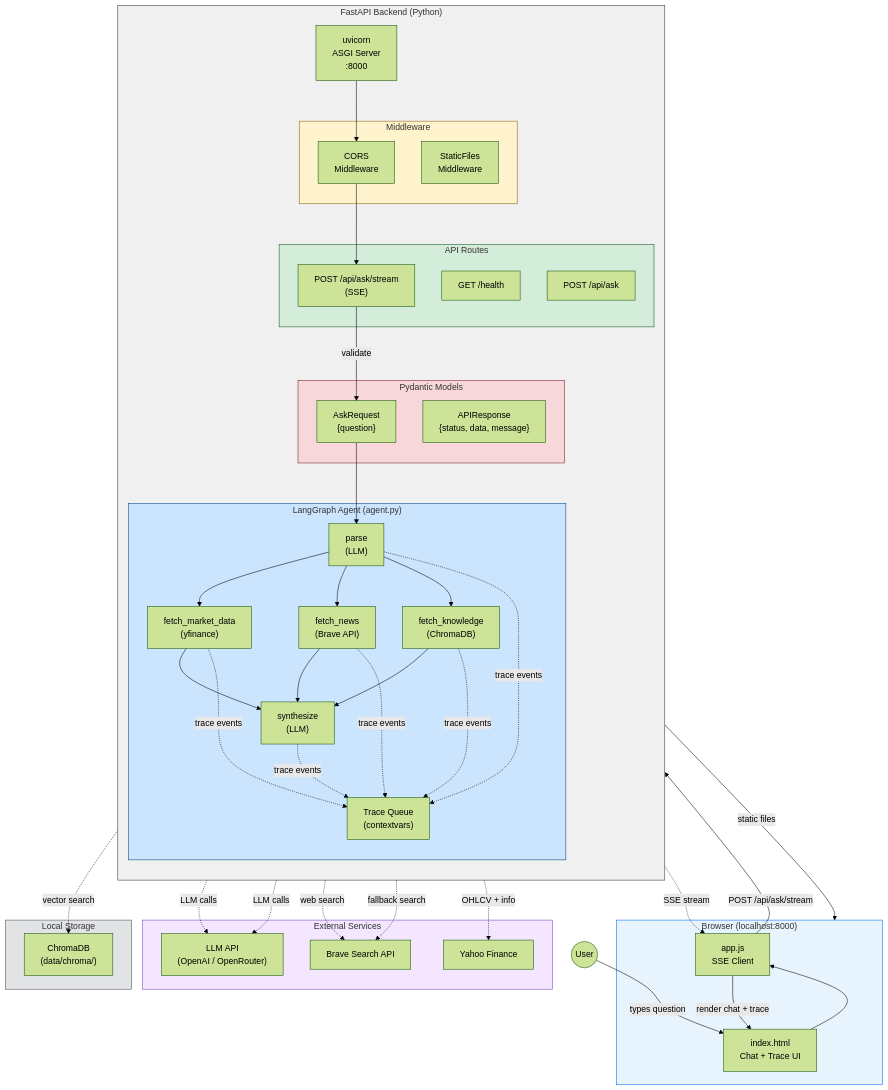
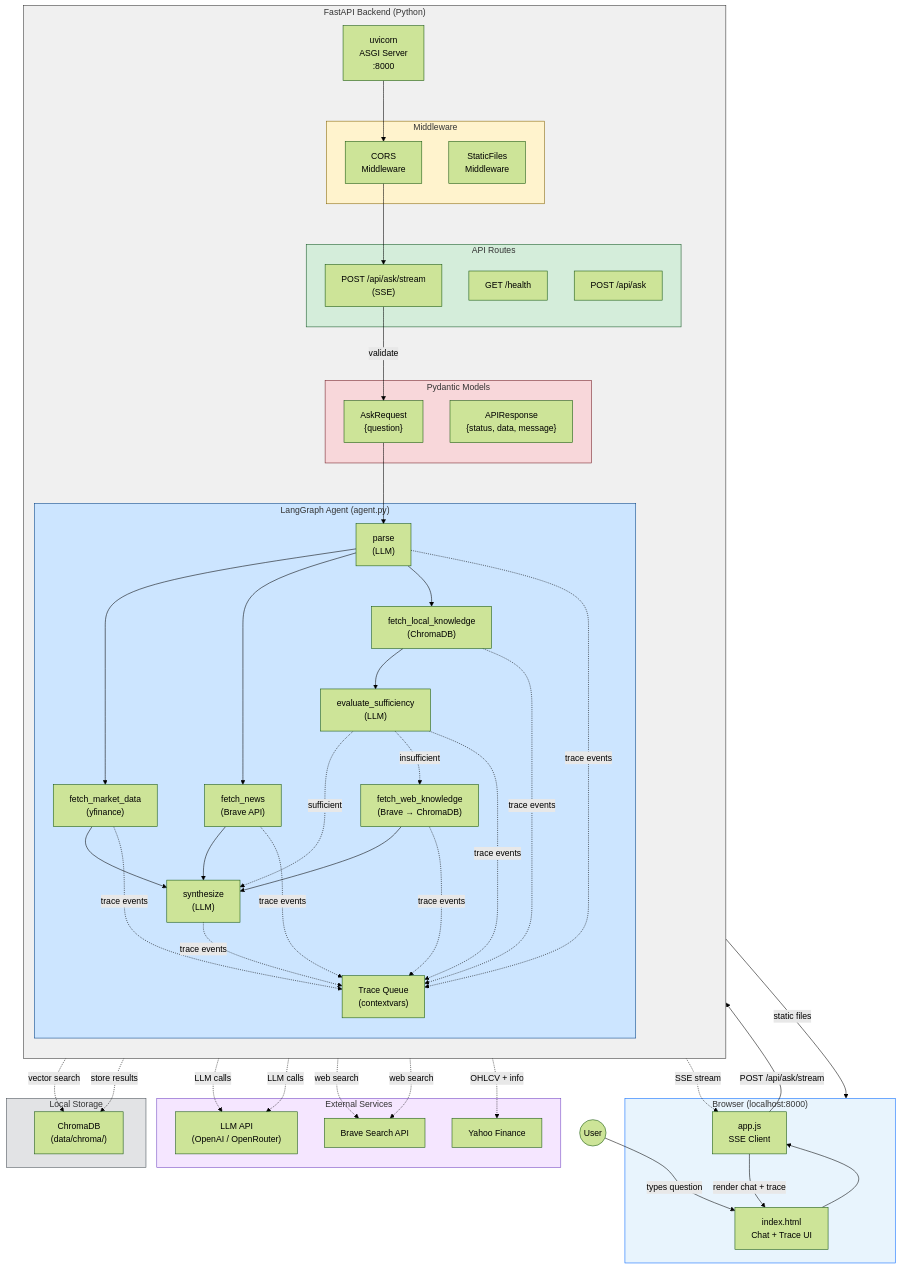
One commit to KevinYum/financial-qa-agent changed the diagram in README.md. Above: the diagram before and after it, drawn with Mermaid (forest theme). The commit also changed other lines of this file and 16 other files, not shown here.

First line of the commit message:
Add knowledge hub, LLM question type, commodity support, structured Fact section (v0.0.14–v0.0.23)

```diff
--- a/README.md
+++ b/README.md
@@ -60,7 +60,9 @@
             PARSE["parse\n(LLM)"]
             FETCH_MD["fetch_market_data\n(yfinance)"]
             FETCH_NEWS["fetch_news\n(Brave API)"]
-            FETCH_KB["fetch_knowledge\n(ChromaDB)"]
+            FETCH_LOCAL["fetch_local_knowledge\n(ChromaDB)"]
+            EVAL_SUFF["evaluate_sufficiency\n(LLM)"]
+            FETCH_WEB["fetch_web_knowledge\n(Brave → ChromaDB)"]
             SYNTH["synthesize\n(LLM)"]
         end
     end
@@ -87,9 +89,13 @@
     %% Agent flow
     STREAM -- "validate" --> REQ
     REQ --> PARSE
-    PARSE --> FETCH_MD & FETCH_NEWS & FETCH_KB
-    FETCH_MD & FETCH_NEWS & FETCH_KB --> SYNTH
-    PARSE & FETCH_MD & FETCH_NEWS & FETCH_KB & SYNTH -. "trace events" .-> TRACE
+    PARSE --> FETCH_MD & FETCH_NEWS & FETCH_LOCAL
+    FETCH_MD & FETCH_NEWS --> SYNTH
+    FETCH_LOCAL --> EVAL_SUFF
+    EVAL_SUFF -. "sufficient" .-> SYNTH
+    EVAL_SUFF -. "insufficient" .-> FETCH_WEB
+    FETCH_WEB --> SYNTH
+    PARSE & FETCH_MD & FETCH_NEWS & FETCH_LOCAL & EVAL_SUFF & FETCH_WEB & SYNTH -. "trace events" .-> TRACE
     TRACE -. "SSE stream" .-> JS
     JS -- "render chat + trace" --> UI
 
@@ -97,8 +103,9 @@
     PARSE & SYNTH -. "LLM calls" .-> LLM_API
     FETCH_MD -. "OHLCV + info" .-> YAHOO
     FETCH_NEWS -. "web search" .-> BRAVE
-    FETCH_KB -. "vector search" .-> CHROMA
-    FETCH_KB -. "fallback search" .-> BRAVE
+    FETCH_LOCAL -. "vector search" .-> CHROMA
+    FETCH_WEB -. "web search" .-> BRAVE
+    FETCH_WEB -. "store results" .-> CHROMA
 
     style Browser fill:#e8f4fd,stroke:#0066ff
     style Backend fill:#f0f0f0,stroke:#333
```
